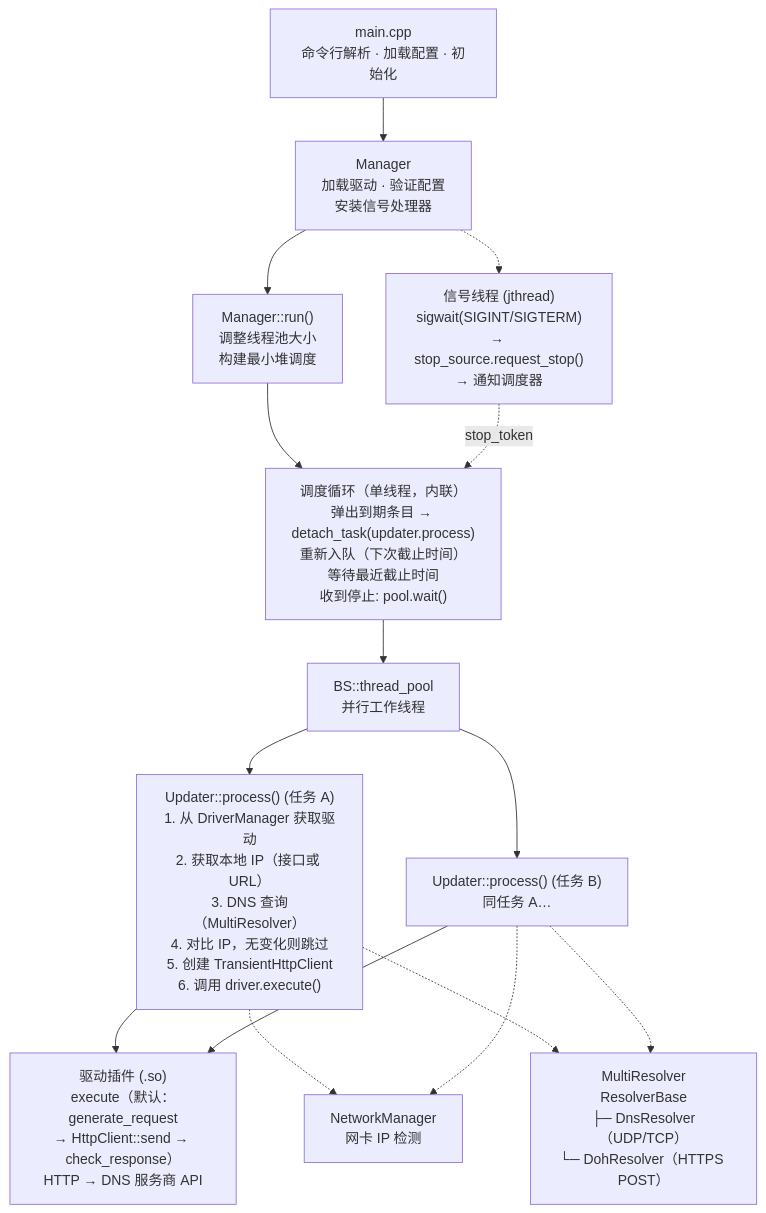
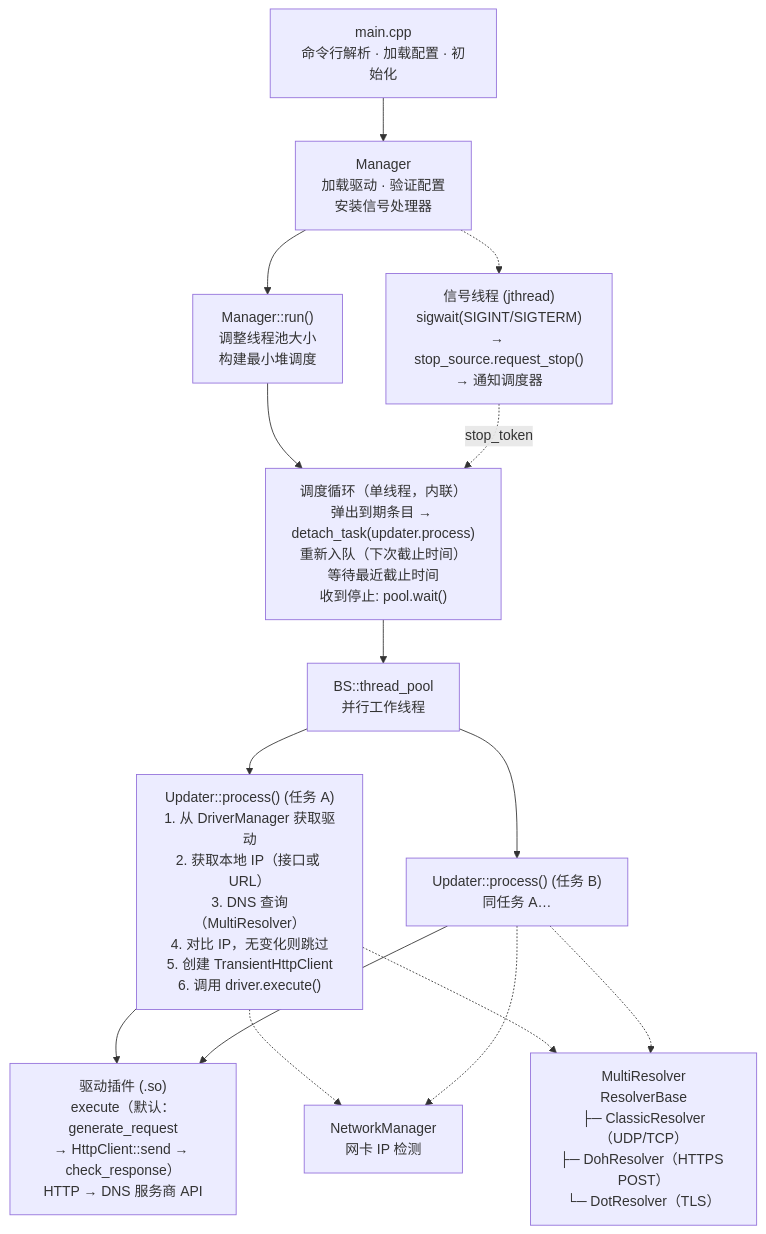
Before and after one commit to CyberKoo/yaddnsc: the diagram in README_CN.md, drawn with Mermaid. The commit also changed other lines of this file and 14 other files, not shown here.

````diff
--- a/README_CN.md
+++ b/README_CN.md
@@ -26,56 +26,57 @@
 ```mermaid
 flowchart TB
     main["main.cpp
 命令行解析 · 加载配置 · 初始化"]
     mgr["Manager
 加载驱动 · 验证配置
 安装信号处理器"]
     run["Manager::run()
 调整线程池大小
 构建最小堆调度"]
     sched["调度循环（单线程，内联）
 弹出到期条目 → detach_task(updater.process)
 重新入队（下次截止时间）
 等待最近截止时间
 收到停止: pool.wait()"]
     signal["信号线程 (jthread)
 sigwait(SIGINT/SIGTERM)
 → stop_source.request_stop()
 → 通知调度器"]
     pool["BS::thread_pool
 并行工作线程"]
     updaterA["Updater::process() (任务 A)
 1. 从 DriverManager 获取驱动
 2. 获取本地 IP（接口或 URL）
 3. DNS 查询（MultiResolver）
 4. 对比 IP，无变化则跳过
 5. 创建 TransientHttpClient
 6. 调用 driver.execute()"]
     updaterB["Updater::process() (任务 B)
 同任务 A…"]
     driver["驱动插件 (.so)
 execute（默认：generate_request
 → HttpClient::send → check_response）
 HTTP → DNS 服务商 API"]
     net["NetworkManager
 网卡 IP 检测"]
     dns["MultiResolver
 ResolverBase
-├─ DnsResolver（UDP/TCP）
-└─ DohResolver（HTTPS POST）"]
+├─ ClassicResolver（UDP/TCP）
+├─ DohResolver（HTTPS POST）
+└─ DotResolver（TLS）"]
 
     main --> mgr
     mgr --> run
     run --> sched
     mgr -.-> signal
     signal -.->|stop_token| sched
     sched --> pool
     pool --> updaterA
     pool --> updaterB
     updaterA --> driver
     updaterB --> driver
     updaterA -.-> net
     updaterB -.-> net
     updaterA -.-> dns
     updaterB -.-> dns
 ```
````
